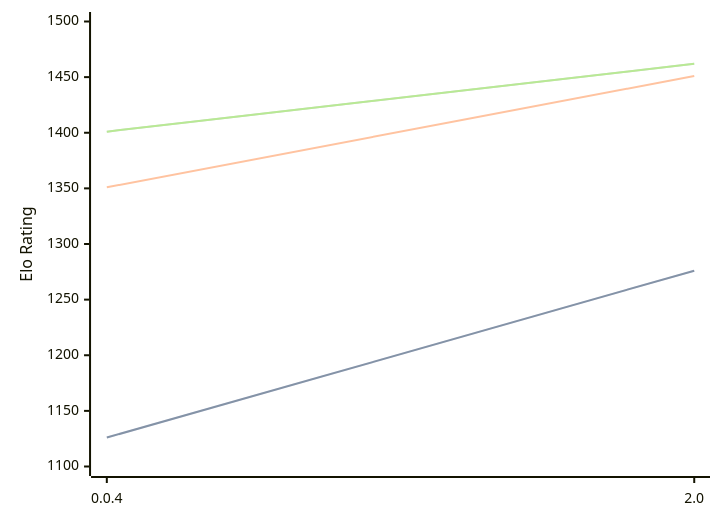
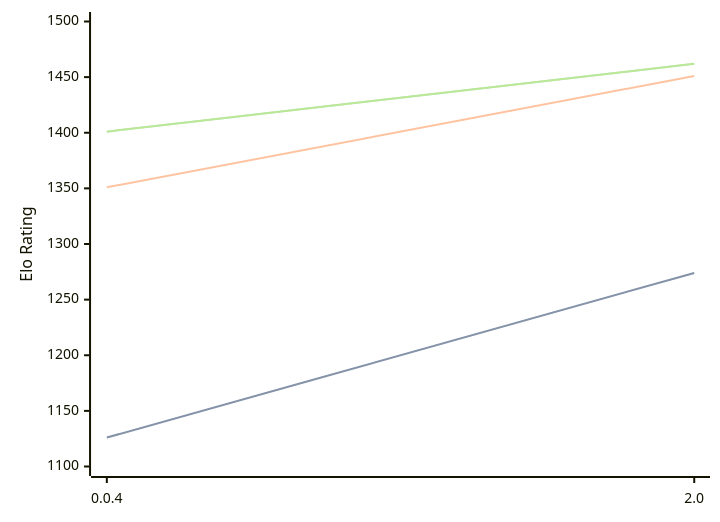
One commit to computer-chess-index/cci changed the diagram in engines/Oops!Mate.md. Above: the diagram before and after it, drawn with Mermaid. The commit also changed other lines of this file, not shown here.

````diff
--- a/engines/Oops!Mate.md
+++ b/engines/Oops!Mate.md
@@ -52,11 +52,11 @@
 ```mermaid
 %%{init: {"theme":"base","themeVariables":{"seriesColors:['#a3a3a3','#222221','#faa371']}}}%%
 xychart-beta
   x-axis ["0.0.4", "2.0"]
   y-axis "Elo Rating" 1100 --> 1500
-  line "STC (8.0+0.08s)" [1126, 1276]
-  line "STC (8.0+0.08s)" [1126, 1276]
+  line "STC (8.0+0.08s)" [1126, 1274]
+  line "STC (8.0+0.08s)" [1126, 1274]
   line "LTC (60.0+0.60s)" [1351, 1451]
   line "VLTC (2m24s+1.12s)" [1401, 1462]
   line "VLTC (2m24s+1.12s)" [1401, 1462]
 ```
````
